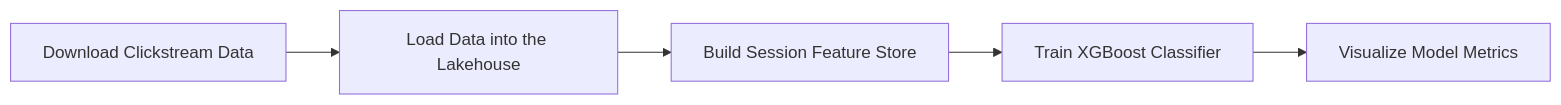
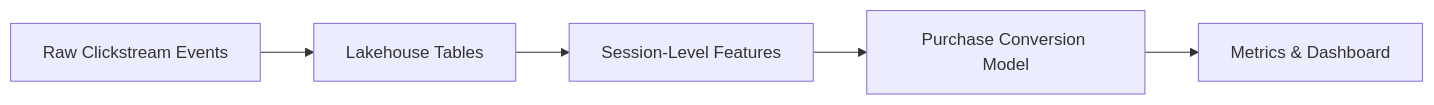
The first of 3 diagrams in project-1-local-lakehouse/README.md (Rez99/data-engineering-portfolio), drawn with Mermaid before and after one commit. The commit also changed other lines of this file and 1 other file, not shown here.

````diff
--- a/project-1-local-lakehouse/README.md
+++ b/project-1-local-lakehouse/README.md
@@ -27,8 +63,8 @@
 ```mermaid
 flowchart LR
-    A[Download Clickstream Data]
-    --> B[Load Data into the Lakehouse]
-    --> C[Build Session Feature Store]
-    --> D[Train XGBoost Classifier]
-    --> E[Visualize Model Metrics]
+    A[Raw Clickstream Events]
+    --> B[Lakehouse Tables]
+    --> C[Session-Level Features]
+    --> D[Purchase Conversion Model]
+    --> E[Metrics & Dashboard]
 ```
````
